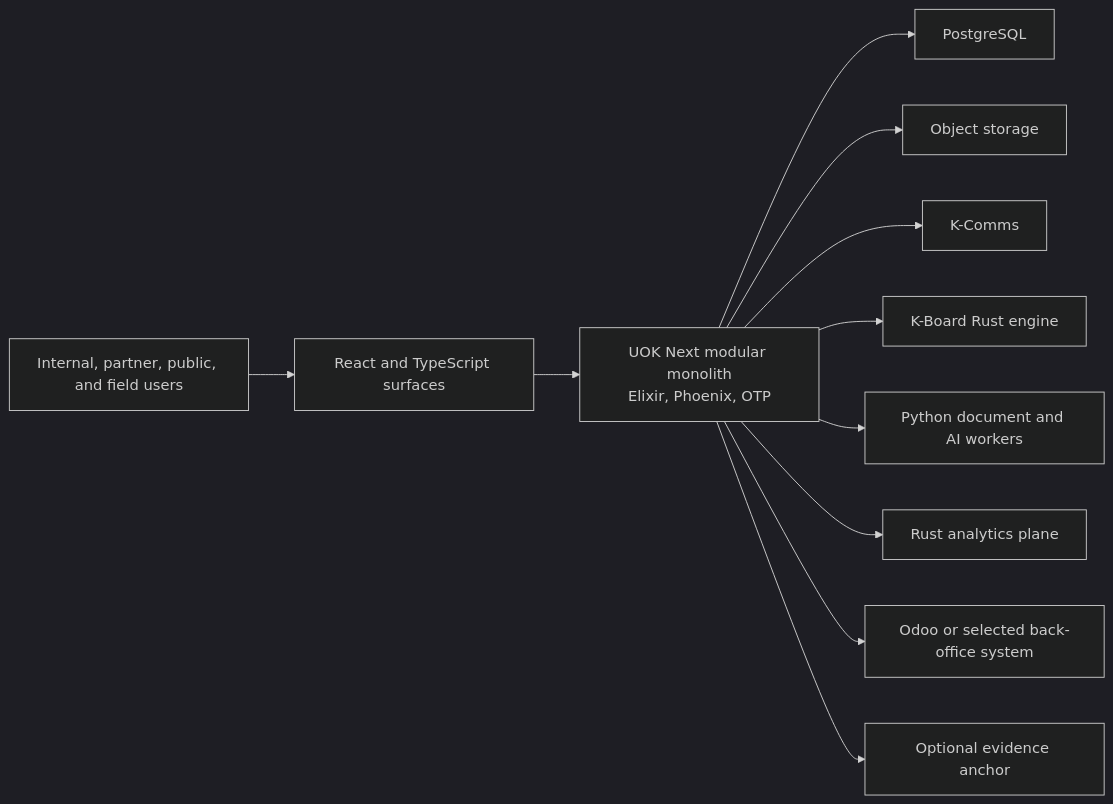
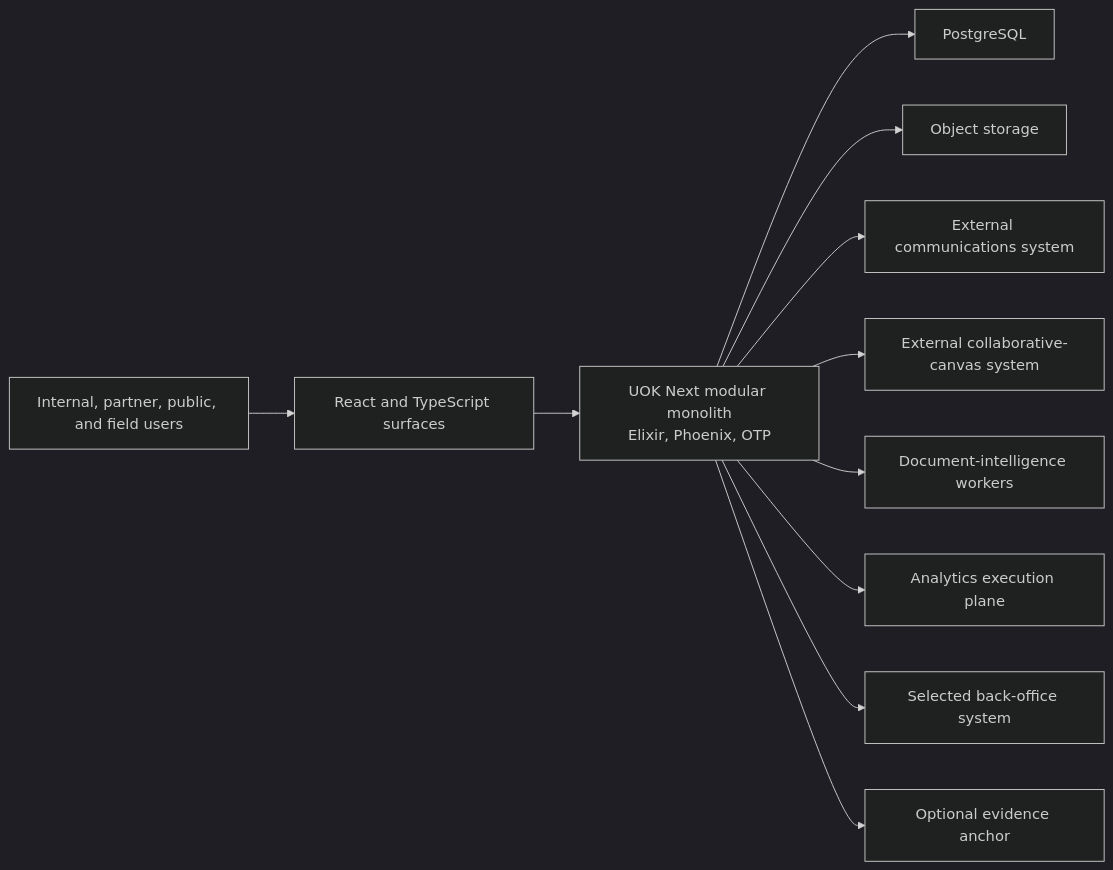
One commit to Soyuz-Tec/UOK-Next changed the diagram in docs/ARCHITECTURE.md. Above: the diagram before and after it, drawn with Mermaid (dark theme). The commit also changed other lines of this file and 18 other files, not shown here.

````diff
--- a/docs/ARCHITECTURE.md
+++ b/docs/ARCHITECTURE.md
@@ -17,13 +17,13 @@
 ```mermaid
 flowchart LR
     Users["Internal, partner, public, and field users"] --> UI["React and TypeScript surfaces"]
     UI --> Core["UOK Next modular monolith<br/>Elixir, Phoenix, OTP"]
     Core --> Data["PostgreSQL"]
     Core --> Objects["Object storage"]
-    Core --> Comms["K-Comms"]
-    Core --> Board["K-Board Rust engine"]
-    Core --> Workers["Python document and AI workers"]
-    Core --> Analytics["Rust analytics plane"]
-    Core --> ERP["Odoo or selected back-office system"]
+    Core --> Comms["External communications system"]
+    Core --> Board["External collaborative-canvas system"]
+    Core --> Workers["Document-intelligence workers"]
+    Core --> Analytics["Analytics execution plane"]
+    Core --> ERP["Selected back-office system"]
     Core --> Chain["Optional evidence anchor"]
 ```
````
